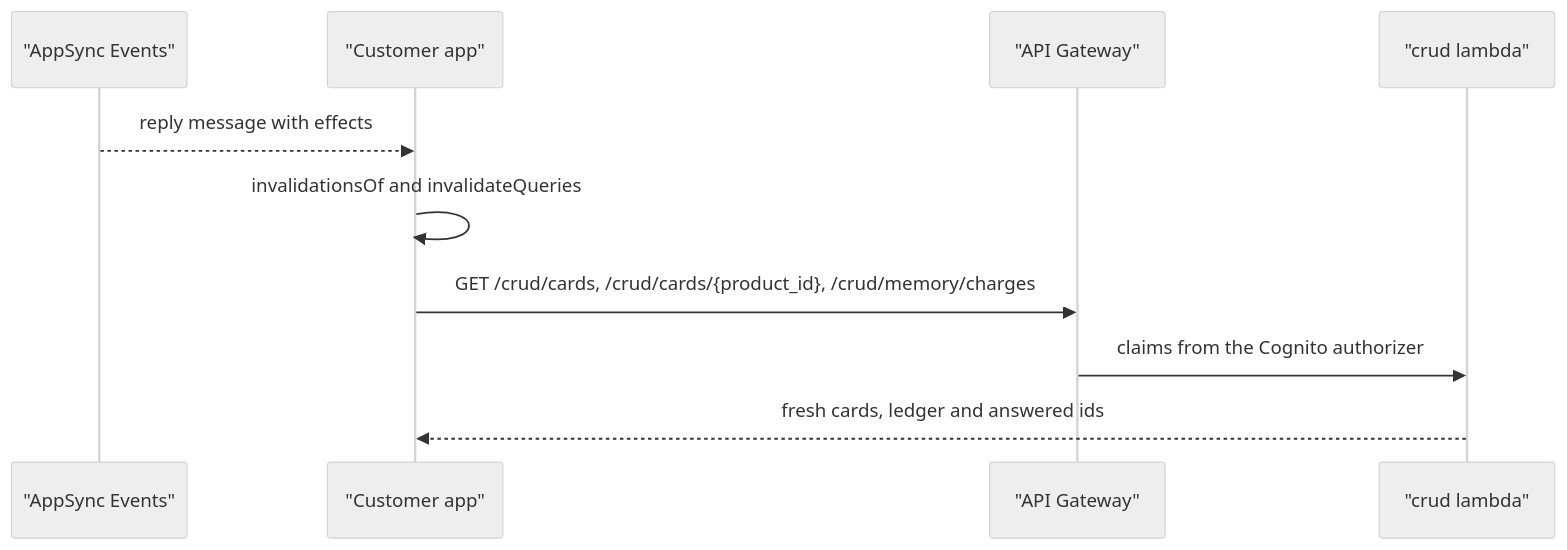
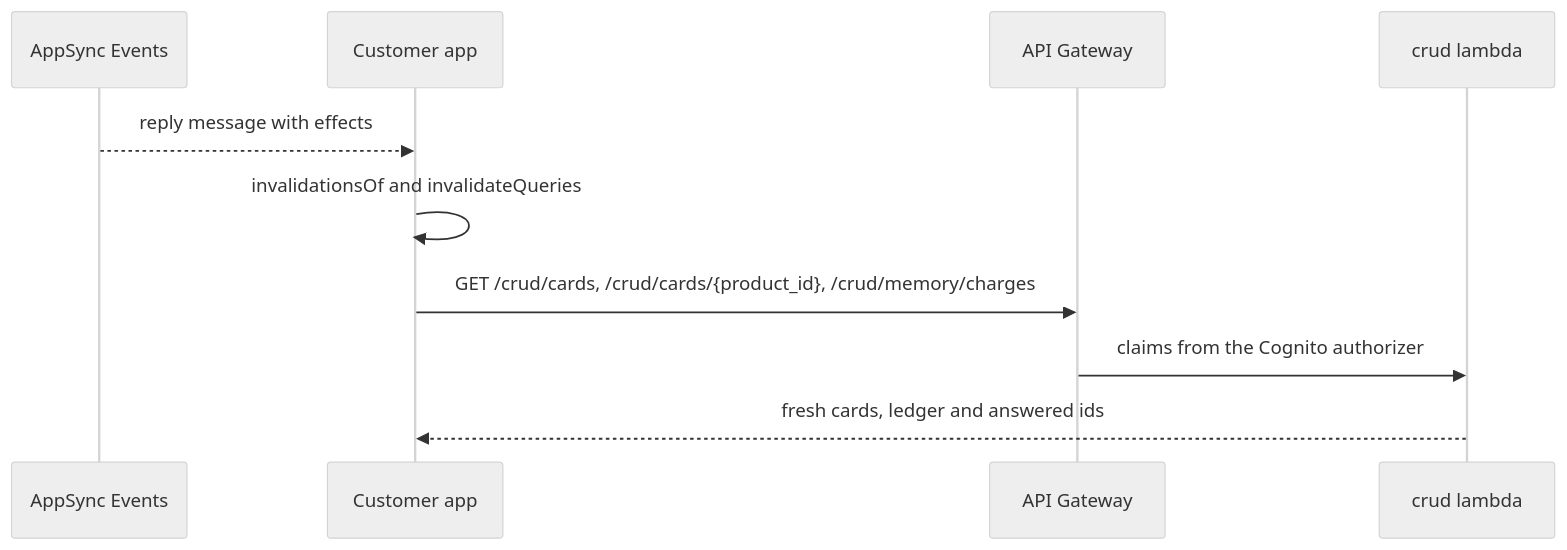
Diagram 16 of 17 in docs/modules/assistant/flows.md (Team-ACGS/factored-hackathon-2026-acgs), drawn with Mermaid (neutral theme) before and after one commit. The commit also changed other lines of this file and 6 other files, not shown here.

Commit message:
docs(assistant,cases,data,identity,messaging): reviewer findings on flows and readme, round 2

````diff
--- a/docs/modules/assistant/flows.md
+++ b/docs/modules/assistant/flows.md
@@ -514,12 +522,12 @@
 ```mermaid
 sequenceDiagram
-  participant Events as "AppSync Events"
-  participant App as "Customer app"
-  participant Gateway as "API Gateway"
-  participant Crud as "crud lambda"
+  participant Events as AppSync Events
+  participant App as Customer app
+  participant Gateway as API Gateway
+  participant Crud as crud lambda
   Events-->>App: reply message with effects
   App->>App: invalidationsOf and invalidateQueries
   App->>Gateway: GET /crud/cards, /crud/cards/{product_id}, /crud/memory/charges
   Gateway->>Crud: claims from the Cognito authorizer
   Crud-->>App: fresh cards, ledger and answered ids
 ```
````
